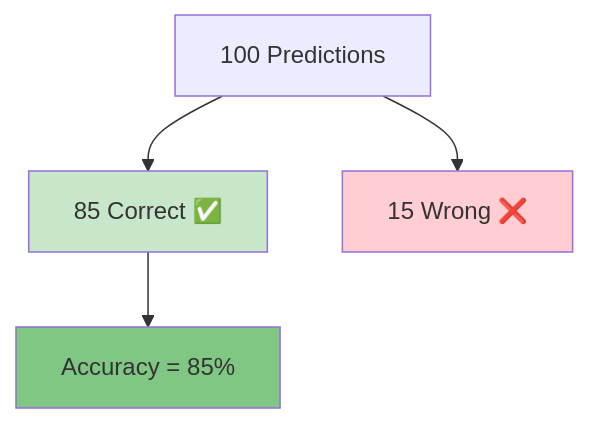
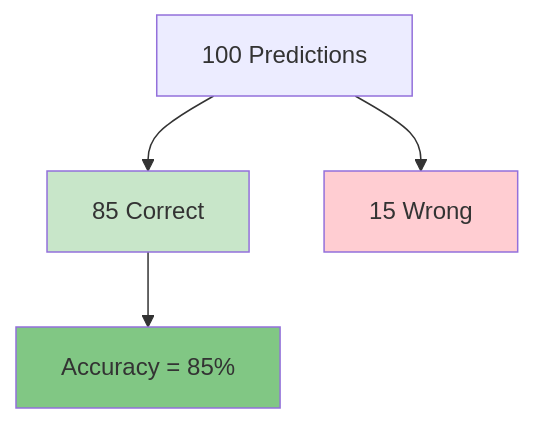
The fourth of 16 diagrams in docs/workflow_evaluation.md (SITES-spectral/phenocai), drawn with Mermaid before and after one commit. The commit also changed other lines of this file and 4 other files, not shown here.

````diff
--- a/docs/workflow_evaluation.md
+++ b/docs/workflow_evaluation.md
@@ -59,10 +59,10 @@
 ```mermaid
 graph TD
-    A[100 Predictions] --> B[85 Correct ✅]
-    A --> C[15 Wrong ❌]
+    A[100 Predictions] --> B[85 Correct]
+    A --> C[15 Wrong]
     B --> D[Accuracy = 85%]
     
     style B fill:#c8e6c9
     style C fill:#ffcdd2
     style D fill:#81c784
 ```
````
